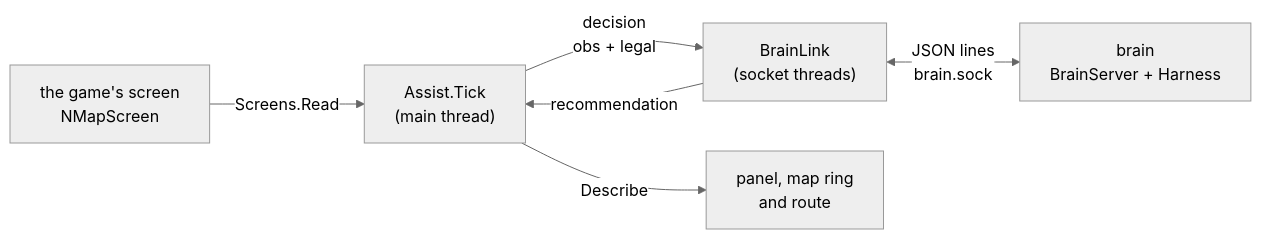
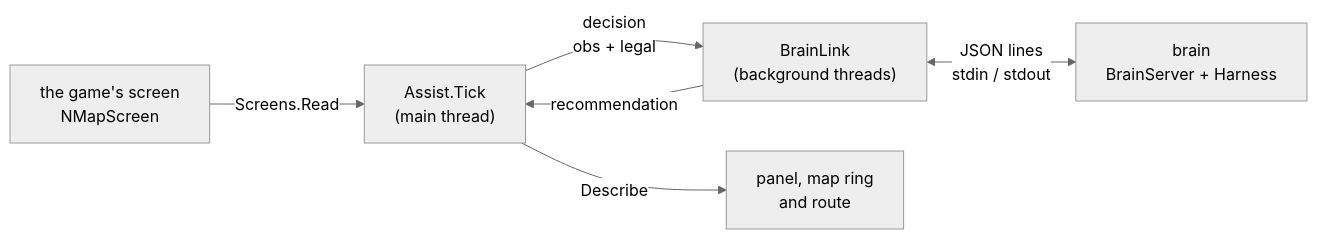
The diagram in docs/src/content/docs/en/arch/mod/index.mdx (shinnku-nikaidou/spire-zero), drawn with Mermaid (neutral theme) before and after one commit. The commit also changed other lines of this file and 164 other files, not shown here.

````diff
--- a/docs/src/content/docs/en/arch/mod/index.mdx
+++ b/docs/src/content/docs/en/arch/mod/index.mdx
@@ -43,8 +43,8 @@
 ```mermaid
 flowchart LR
   G["the game's screen<br/>NMapScreen"] -->|"Screens.Read"| A["Assist.Tick<br/>(main thread)"]
-  A -->|"decision<br/>obs + legal"| L["BrainLink<br/>(socket threads)"]
-  L <-->|"JSON lines<br/>brain.sock"| B["brain<br/>BrainServer + Harness"]
+  A -->|"decision<br/>obs + legal"| L["BrainLink<br/>(background threads)"]
+  L <-->|"JSON lines<br/>stdin / stdout"| B["brain<br/>BrainServer + Harness"]
   L -->|"recommendation"| A
   A -->|"Describe"| P["panel, map ring<br/>and route"]
 ```
````
